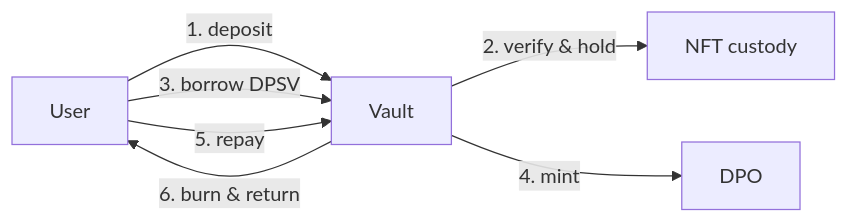
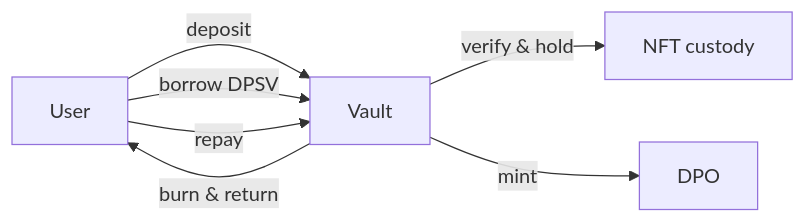
Before and after one commit to devprosvn/mosaical-v2: the fourth of 8 diagrams in README.md, drawn with Mermaid.

````diff
--- a/README.md
+++ b/README.md
@@ -84,9 +84,9 @@
 ```mermaid
 flowchart LR
-  User -->|"1. deposit"| Vault
-  Vault -->|"2. verify & hold"| NFT[NFT custody]
-  User -->|"3. borrow DPSV"| Vault
-  Vault -->|"4. mint"| DPO
-  User -->|"5. repay"| Vault
-  Vault -->|"6. burn & return"| User
+  User -- "deposit" --> Vault
+  Vault -- "verify & hold" --> NFT[NFT custody]
+  User -- "borrow DPSV" --> Vault
+  Vault -- "mint" --> DPO
+  User -- "repay" --> Vault
+  Vault -- "burn & return" --> User
 ```
````
